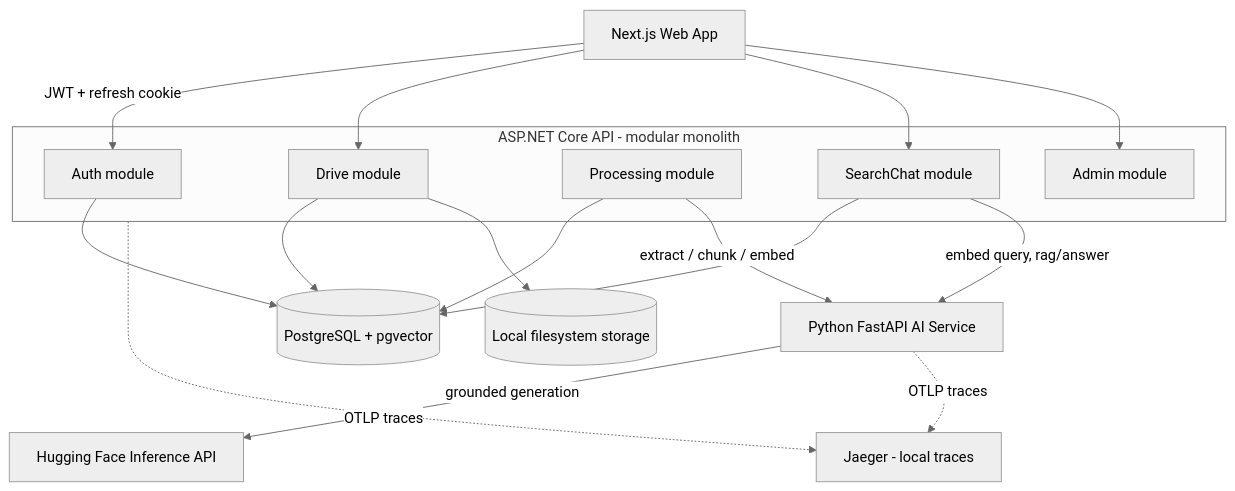
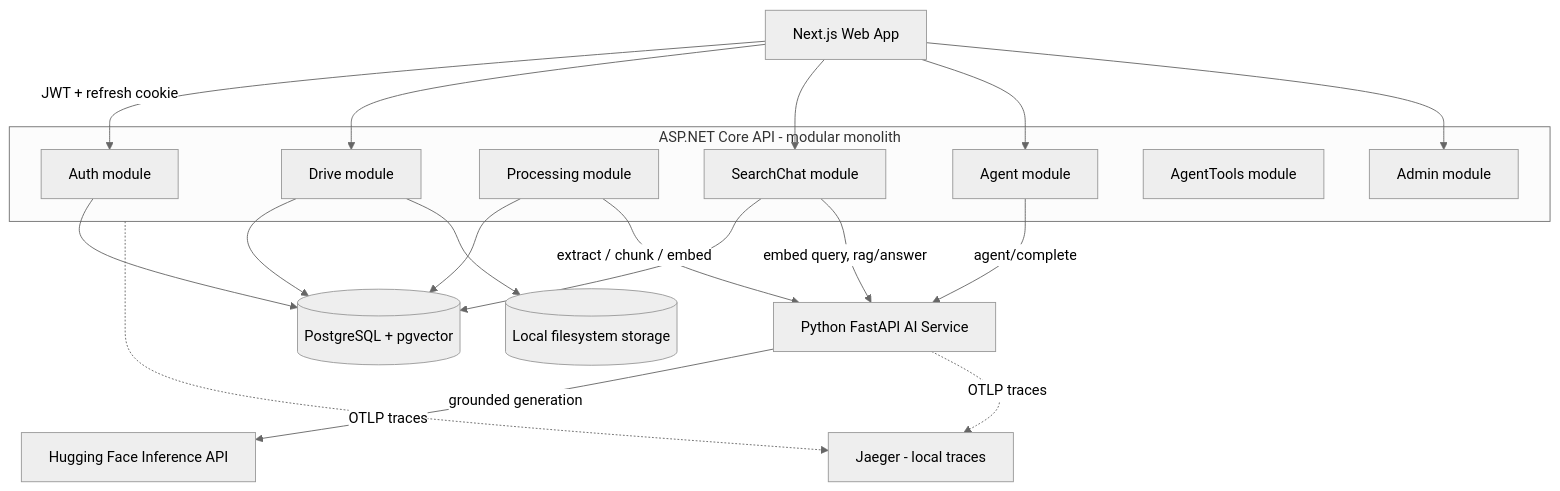
One commit to AhmadAbughanam/amanah-drive changed the first of 3 diagrams in README.md. Above: the diagram before and after it, drawn with Mermaid (neutral theme). The commit also changed other lines of this file and 5 other files, not shown here.

````diff
--- a/README.md
+++ b/README.md
@@ -48,34 +49,38 @@
 ```mermaid
 flowchart TB
     Web["Next.js Web App"]
 
     subgraph API["ASP.NET Core API - modular monolith"]
         Auth["Auth module"]
         Drive["Drive module"]
         Processing["Processing module"]
         SearchChat["SearchChat module"]
+        Agent["Agent module"]
+        AgentTools["AgentTools module"]
         Admin["Admin module"]
     end
 
     AI["Python FastAPI AI Service"]
     HF["Hugging Face Inference API"]
     Jaeger["Jaeger - local traces"]
     PG[("PostgreSQL + pgvector")]
     FS[("Local filesystem storage")]
 
     Web -- "JWT + refresh cookie" --> Auth
     Web --> Drive
     Web --> SearchChat
+    Web --> Agent
     Web --> Admin
 
     Auth --> PG
     Drive --> PG
     Drive --> FS
     Processing --> PG
     Processing -- "extract / chunk / embed" --> AI
     SearchChat --> PG
     SearchChat -- "embed query, rag/answer" --> AI
+    Agent -- "agent/complete" --> AI
     AI -- "grounded generation" --> HF
     API -. "OTLP traces" .-> Jaeger
     AI -. "OTLP traces" .-> Jaeger
 ```
````
